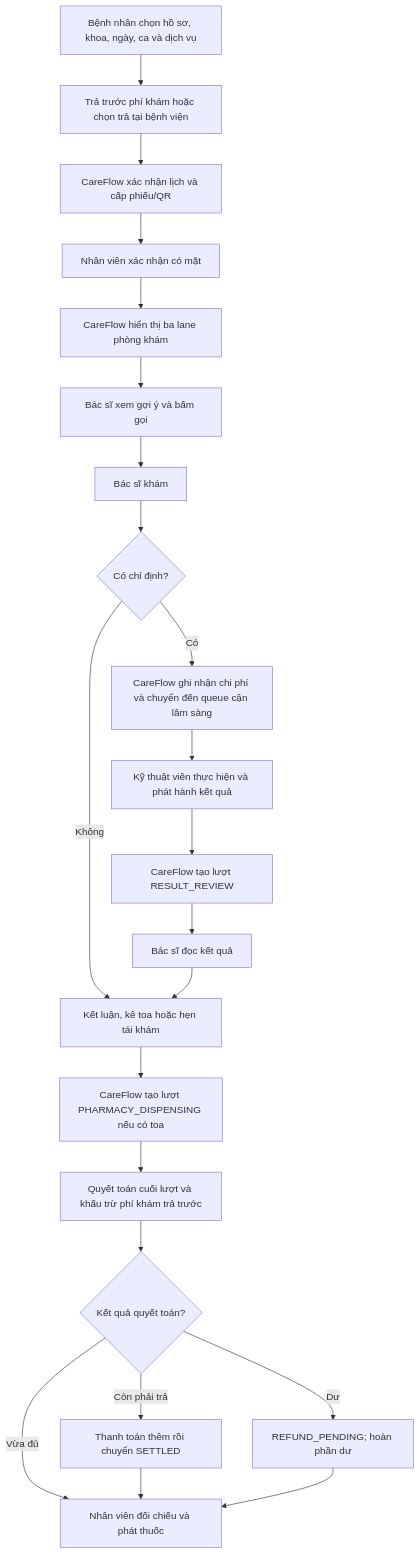
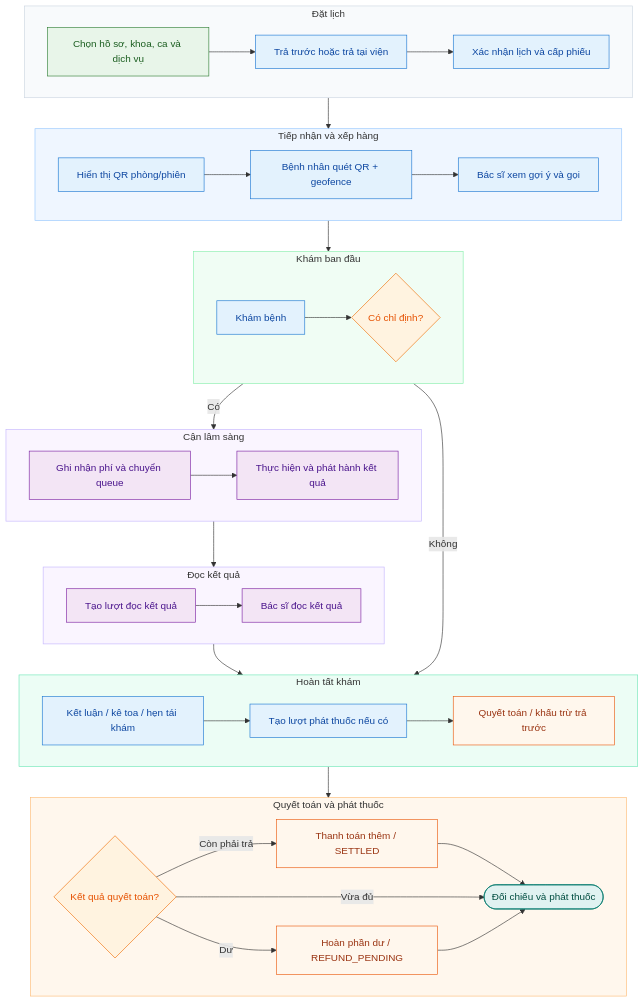
One commit to ntkhai268/careflow changed the second of 20 diagrams in docs/report/chapter-03-analysis-and-design.md. Above: the diagram before and after it, drawn with Mermaid. The commit also changed other lines of this file and 38 other files, not shown here.

Commit message:
docs: update report and QR check-in flow

````diff
--- a/docs/report/chapter-03-analysis-and-design.md
+++ b/docs/report/chapter-03-analysis-and-design.md
@@ -112,24 +130,73 @@
 ```mermaid
-flowchart TD
-    A["Bệnh nhân chọn hồ sơ, khoa, ngày, ca và dịch vụ"] --> A1["Trả trước phí khám hoặc chọn trả tại bệnh viện"]
-    A1 --> B["CareFlow xác nhận lịch và cấp phiếu/QR"]
-    B --> C["Nhân viên xác nhận có mặt"]
-    C --> D["CareFlow hiển thị ba lane phòng khám"]
-    D --> E["Bác sĩ xem gợi ý và bấm gọi"]
-    E --> F["Bác sĩ khám"]
-    F --> G{"Có chỉ định?"}
-    G -- "Không" --> H["Kết luận, kê toa hoặc hẹn tái khám"]
-    G -- "Có" --> I["CareFlow ghi nhận chi phí và chuyển đến queue cận lâm sàng"]
-    I --> J["Kỹ thuật viên thực hiện và phát hành kết quả"]
-    J --> K["CareFlow tạo lượt RESULT_REVIEW"]
-    K --> L["Bác sĩ đọc kết quả"]
+flowchart TB
+    subgraph booking ["Đặt lịch"]
+        direction LR
+        A["Chọn hồ sơ, khoa, ca và dịch vụ"] --> A1["Trả trước hoặc trả tại viện"] --> B["Xác nhận lịch và cấp phiếu"]
+    end
+
+    subgraph checkin ["Tiếp nhận và xếp hàng"]
+        direction LR
+        C["Hiển thị QR phòng/phiên"] --> D["Bệnh nhân quét QR + geofence"] --> E["Bác sĩ xem gợi ý và gọi"]
+    end
+
+    subgraph consultation ["Khám ban đầu"]
+        direction LR
+        F["Khám bệnh"] --> G{"Có chỉ định?"}
+    end
+
+    subgraph lab ["Cận lâm sàng"]
+        direction LR
+        I["Ghi nhận phí và chuyển queue"] --> J["Thực hiện và phát hành kết quả"]
+    end
+
+    subgraph review ["Đọc kết quả"]
+        direction LR
+        K["Tạo lượt đọc kết quả"] --> L["Bác sĩ đọc kết quả"]
+    end
+
+    subgraph completion ["Hoàn tất khám"]
+        direction LR
+        H["Kết luận / kê toa / hẹn tái khám"] --> M["Tạo lượt phát thuốc nếu có"] --> M1["Quyết toán / khấu trừ trả trước"]
+    end
+
+    subgraph settlement ["Quyết toán và phát thuốc"]
+        direction LR
+        M2{"Kết quả quyết toán?"}
+        M3["Thanh toán thêm / SETTLED"]
+        M4["Hoàn phần dư / REFUND_PENDING"]
+        N(["Đối chiếu và phát thuốc"])
+        M2 -->|"Còn phải trả"| M3 --> N
+        M2 -->|"Vừa đủ"| N
+        M2 -->|"Dư"| M4 --> N
+    end
+
+    B --> C
+    E --> F
+    G -->|"Không"| H
+    G -->|"Có"| I
+    J --> K
     L --> H
-    H --> M["CareFlow tạo lượt PHARMACY_DISPENSING nếu có toa"]
-    M --> M1["Quyết toán cuối lượt và khấu trừ phí khám trả trước"]
-    M1 --> M2{"Kết quả quyết toán?"}
-    M2 -- "Còn phải trả" --> M3["Thanh toán thêm rồi chuyển SETTLED"]
-    M2 -- "Vừa đủ" --> N["Nhân viên đối chiếu và phát thuốc"]
-    M2 -- "Dư" --> M4["REFUND_PENDING; hoàn phần dư"]
-    M3 --> N
-    M4 --> N
+    M1 --> M2
+
+    classDef startEnd fill:#E8F5E9,stroke:#2E7D32,color:#1B5E20
+    classDef process fill:#E3F2FD,stroke:#1976D2,color:#0D47A1
+    classDef labStep fill:#F3E5F5,stroke:#7B1FA2,color:#4A148C
+    classDef decision fill:#FFF3E0,stroke:#EF6C00,color:#E65100
+    classDef payment fill:#FFF7ED,stroke:#EA580C,color:#9A3412
+    classDef finish fill:#E0F2F1,stroke:#00796B,color:#004D40
+
+    class A startEnd
+    class A1,B,C,D,E,F,H,M process
+    class I,J,K,L labStep
+    class G,M2 decision
+    class M1,M3,M4 payment
+    class N finish
+
+    style booking fill:#F8FAFC,stroke:#CBD5E1
+    style checkin fill:#EFF6FF,stroke:#93C5FD
+    style consultation fill:#F0FDF4,stroke:#86EFAC
+    style lab fill:#FAF5FF,stroke:#C4B5FD
+    style review fill:#FAF5FF,stroke:#C4B5FD
+    style completion fill:#ECFDF5,stroke:#6EE7B7
+    style settlement fill:#FFF7ED,stroke:#FDBA74
 ```
````
